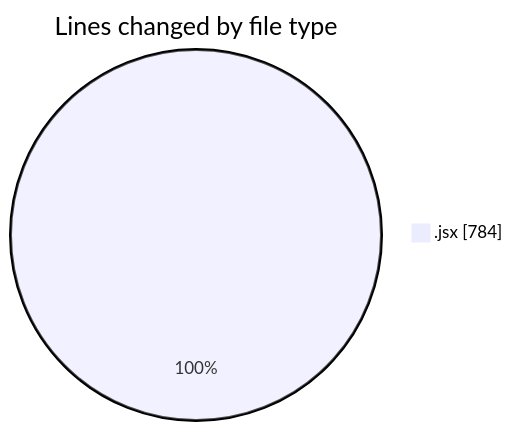
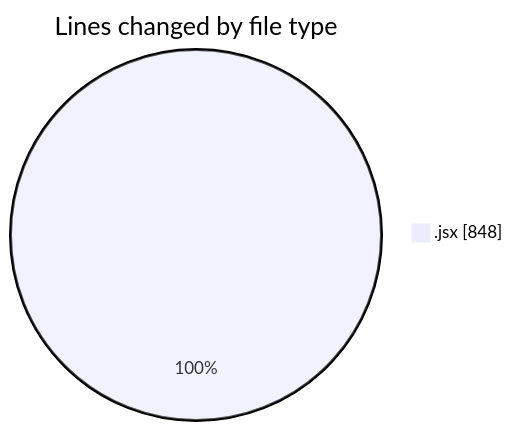
The first of 2 diagrams in 2025-08-22/nxtqube_webapp/README.md (nxtqubesakshisongat/code-tracking), drawn with Mermaid before and after one commit. The commit also changed other lines of this file and 1 other file, not shown here.

````diff
--- a/2025-08-22/nxtqube_webapp/README.md
+++ b/2025-08-22/nxtqube_webapp/README.md
@@ -20,5 +20,5 @@
 ```mermaid
 pie showData
 title Lines changed by file type
-".jsx" : 784
+".jsx" : 848
 ```
````
